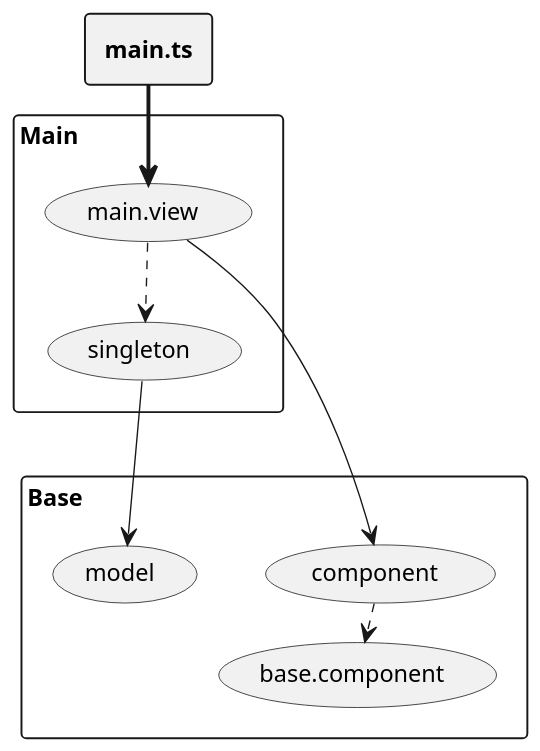
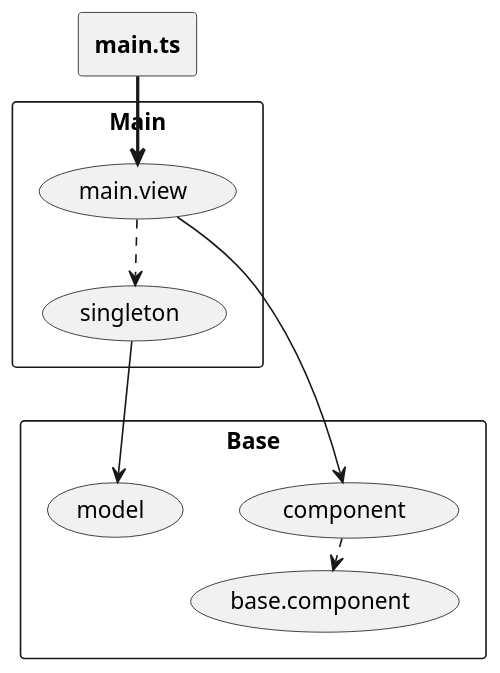
One commit to asciidoctor/asciidoctor-browser-extension changed the diagram in contrib/samples/components.puml. Above: the diagram before and after it, drawn with PlantUML. The commit also changed 1 other file, not shown here.

```diff
--- a/contrib/samples/components.puml
+++ b/contrib/samples/components.puml
@@ -1,25 +1,24 @@
-skinparam monochrome true
 skinparam ranksep 20
-skinparam dpi 150
-skinparam arrowThickness 0.7
-skinparam packageTitleAlignment left
-skinparam usecaseBorderThickness 0.4
-skinparam defaultFontSize 12
-skinparam rectangleBorderThickness 1
+skinparam dpi 125
+<style>
+  rectangle {
+    HorizontalAlignment: left;
+  }
+</style>
 
 rectangle "Main" {
   (main.view)
   (singleton)
 }
 rectangle "Base" {
   (base.component)
   (component)
   (model)
 }
 rectangle "<b>main.ts</b>" as main_ts
 
 (component) ..> (base.component)
 main_ts ==> (main.view)
 (main.view) --> (component)
 (main.view) ...> (singleton)
 (singleton) ---> (model)
```
